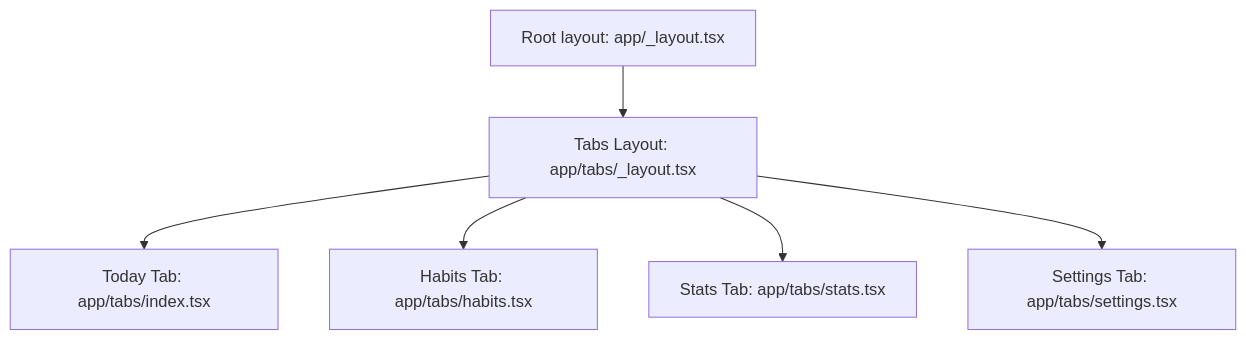
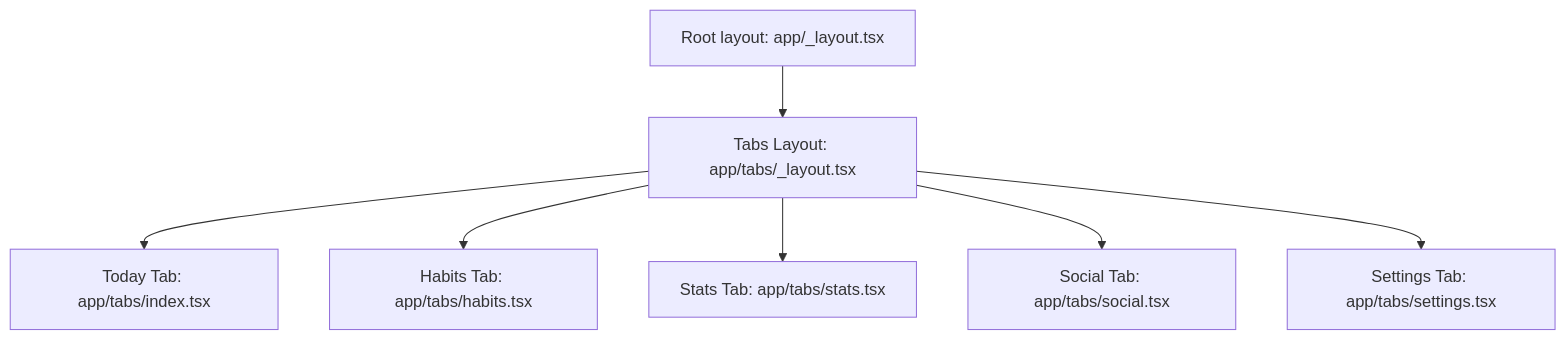
The first of 5 diagrams in README.md (nandakumar-nandu/StreakUp), drawn with Mermaid before and after one commit. The commit also changed other lines of this file and 14 other files, not shown here.

````diff
--- a/README.md
+++ b/README.md
@@ -19,8 +19,9 @@
 ```mermaid
 graph TD
     Root[Root layout: app/_layout.tsx] --> TabsLayout[Tabs Layout: app/tabs/_layout.tsx]
     TabsLayout --> TodayTab[Today Tab: app/tabs/index.tsx]
     TabsLayout --> HabitsTab[Habits Tab: app/tabs/habits.tsx]
     TabsLayout --> StatsTab[Stats Tab: app/tabs/stats.tsx]
+    TabsLayout --> SocialTab[Social Tab: app/tabs/social.tsx]
     TabsLayout --> SettingsTab[Settings Tab: app/tabs/settings.tsx]
 ```
````
